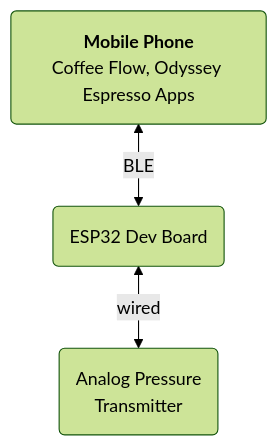
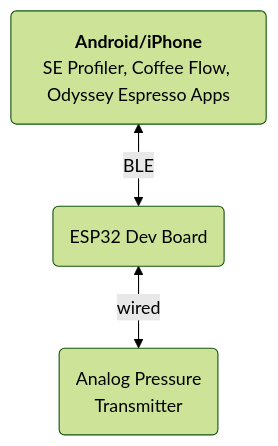
One commit to sybond/ble-pressure-transducer changed the diagram in README.md. Above: the diagram before and after it, drawn with Mermaid (forest theme). The commit also changed other lines of this file, not shown here.

````diff
--- a/README.md
+++ b/README.md
@@ -9,5 +9,5 @@
 ```mermaid
 flowchart BT
     A(Analog Pressure\nTransmitter) <-->|wired| B(ESP32 Dev Board)
-    B<-->|BLE|C(<b>Mobile Phone</b>\nCoffee Flow, Odyssey Espresso Apps)
+    B<-->|BLE|C(<b>Android/iPhone</b>\nSE Profiler, Coffee Flow, Odyssey Espresso Apps)
 ```
````
